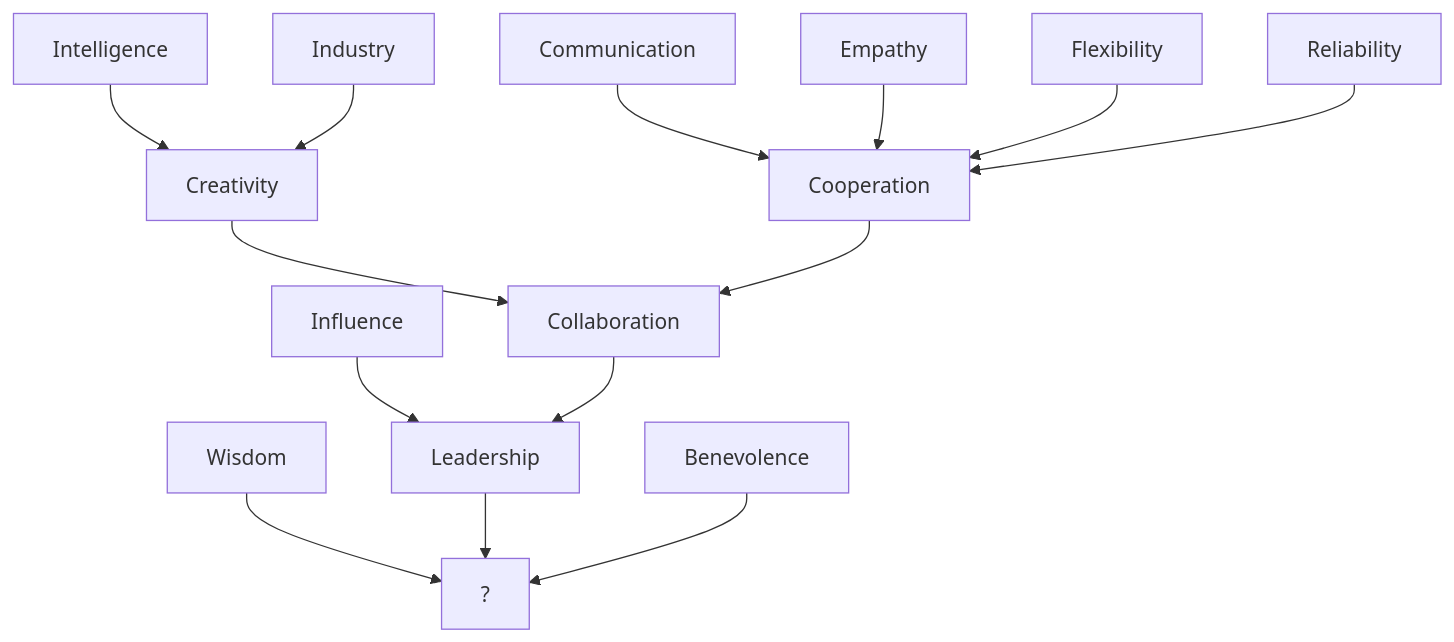
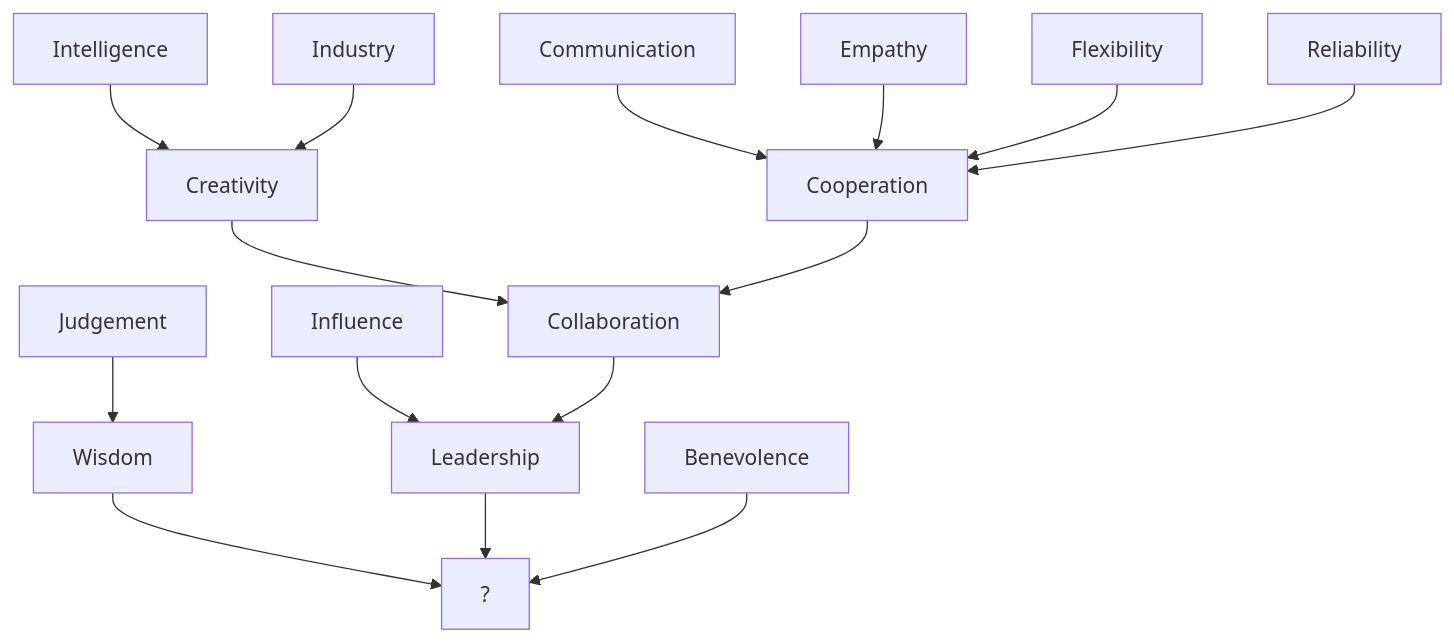
One commit to bagrounds/obsidian-github-publisher-sync changed the diagram in content/reflections/2024-11-16.md. Above: the diagram before and after it, drawn with Mermaid. The commit also changed other lines of this file and 3 other files, not shown here.

````diff
--- a/content/reflections/2024-11-16.md
+++ b/content/reflections/2024-11-16.md
@@ -41,16 +41,17 @@
 ```mermaid  
 flowchart  
 Intelligence --> Creativity  
 Industry --> Creativity  
 Communication --> Cooperation  
 Creativity --> Collaboration  
 Empathy --> Cooperation  
 Flexibility --> Cooperation  
 Cooperation --> Collaboration  
 Reliability --> Cooperation  
 Influence --> Leadership  
 Collaboration --> Leadership  
+Judgement -->   
 Wisdom --> ?  
 Leadership --> ?  
 Benevolence --> ?  
 ```  
````
